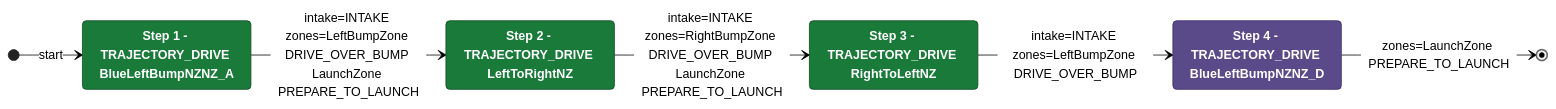
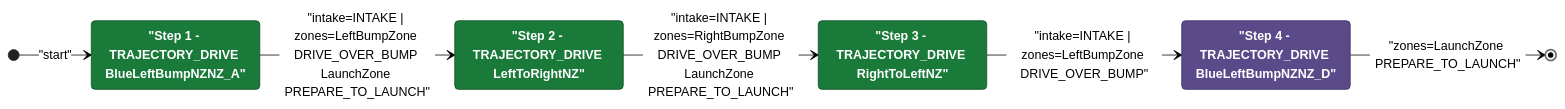
The diagram in documents/auton/BlueTDepLaunch2NDepNOutScoreClimb.md (Team302/2026Rebuilt), drawn with Mermaid (neutral theme) before and after one commit. The commit also changed 242 other files, not shown here.

Commit message:
Regenerated diagrams with fixed red

````diff
--- a/documents/auton/BlueTDepLaunch2NDepNOutScoreClimb.md
+++ b/documents/auton/BlueTDepLaunch2NDepNOutScoreClimb.md
@@ -8,24 +8,24 @@
 ```mermaid
 stateDiagram-v2
     direction LR
 
     %% Green = intake active, Purple = intake off
     classDef intake  fill:#1a7a3a,color:#ffffff,stroke:#0d4a1f,font-weight:bold
     classDef noIntake fill:#5a4a8a,color:#ffffff,stroke:#3a2a6a,font-weight:bold
 
-    Step1 : Step 1 - TRAJECTORY_DRIVE BlueLeftBumpNZNZ_A
-    Step2 : Step 2 - TRAJECTORY_DRIVE LeftToRightNZ
-    Step3 : Step 3 - TRAJECTORY_DRIVE RightToLeftNZ
-    Step4 : Step 4 - TRAJECTORY_DRIVE BlueLeftBumpNZNZ_D
+    Step1 : "Step 1 - TRAJECTORY_DRIVE BlueLeftBumpNZNZ_A"
+    Step2 : "Step 2 - TRAJECTORY_DRIVE LeftToRightNZ"
+    Step3 : "Step 3 - TRAJECTORY_DRIVE RightToLeftNZ"
+    Step4 : "Step 4 - TRAJECTORY_DRIVE BlueLeftBumpNZNZ_D"
 
     class Step1 intake
     class Step2 intake
     class Step3 intake
     class Step4 noIntake
 
-    [*] --> Step1 : start
-    Step1 --> Step2: intake=INTAKE zones=LeftBumpZone DRIVE_OVER_BUMP LaunchZone PREPARE_TO_LAUNCH
-    Step2 --> Step3: intake=INTAKE zones=RightBumpZone DRIVE_OVER_BUMP LaunchZone PREPARE_TO_LAUNCH
-    Step3 --> Step4: intake=INTAKE zones=LeftBumpZone DRIVE_OVER_BUMP
-    Step4 --> [*]: zones=LaunchZone PREPARE_TO_LAUNCH
+    [*] --> Step1 : "start"
+    Step1 --> Step2: "intake=INTAKE | zones=LeftBumpZone DRIVE_OVER_BUMP LaunchZone PREPARE_TO_LAUNCH"
+    Step2 --> Step3: "intake=INTAKE | zones=RightBumpZone DRIVE_OVER_BUMP LaunchZone PREPARE_TO_LAUNCH"
+    Step3 --> Step4: "intake=INTAKE | zones=LeftBumpZone DRIVE_OVER_BUMP"
+    Step4 --> [*]: "zones=LaunchZone PREPARE_TO_LAUNCH"
 ```
````
